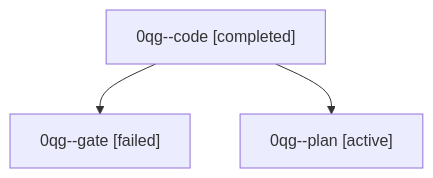
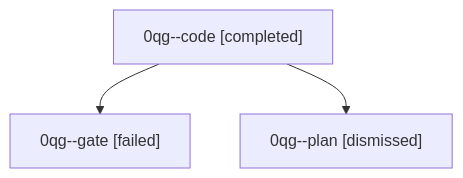
The diagram in sessions/bbugyi200.athena.0qg.md (sase-org/sase--agents), drawn with Mermaid before and after one commit. The commit also changed other lines of this file and 29 other files, not shown here.

````diff
--- a/sessions/bbugyi200.athena.0qg.md
+++ b/sessions/bbugyi200.athena.0qg.md
@@ -9,8 +9,8 @@
 ```mermaid
 flowchart TD
   n0["0qg--code [completed]"]
   n1["0qg--gate [failed]"]
   n0 --> n1
-  n2["0qg--plan [active]"]
+  n2["0qg--plan [dismissed]"]
   n0 --> n2
 ```
````
